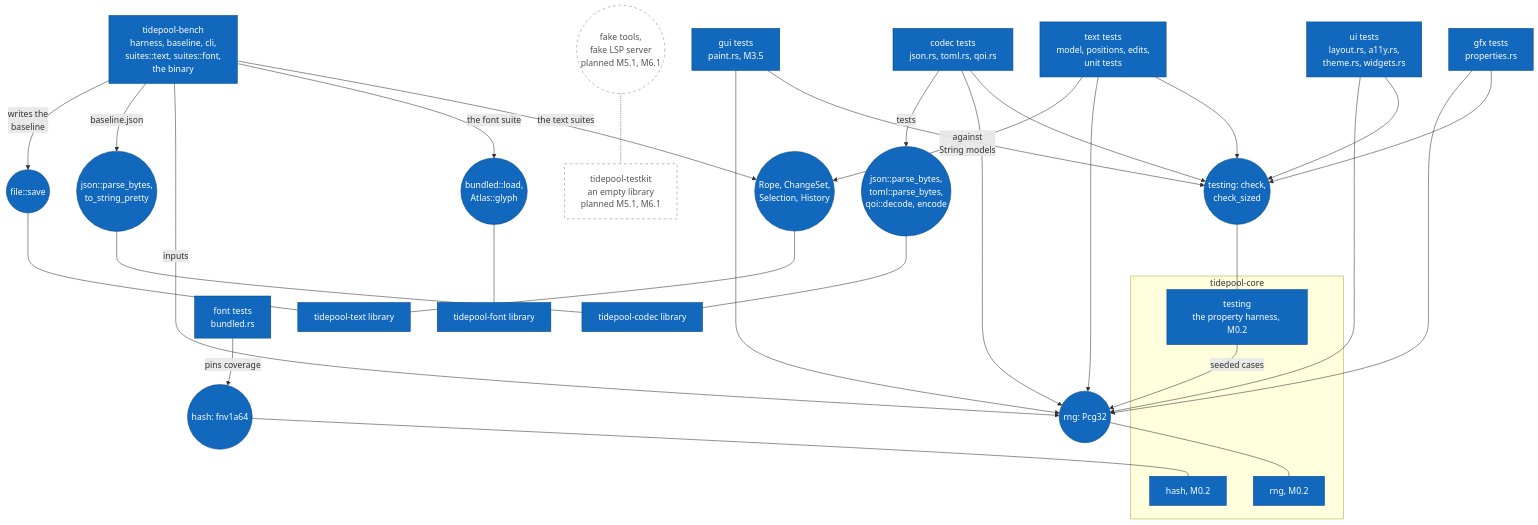
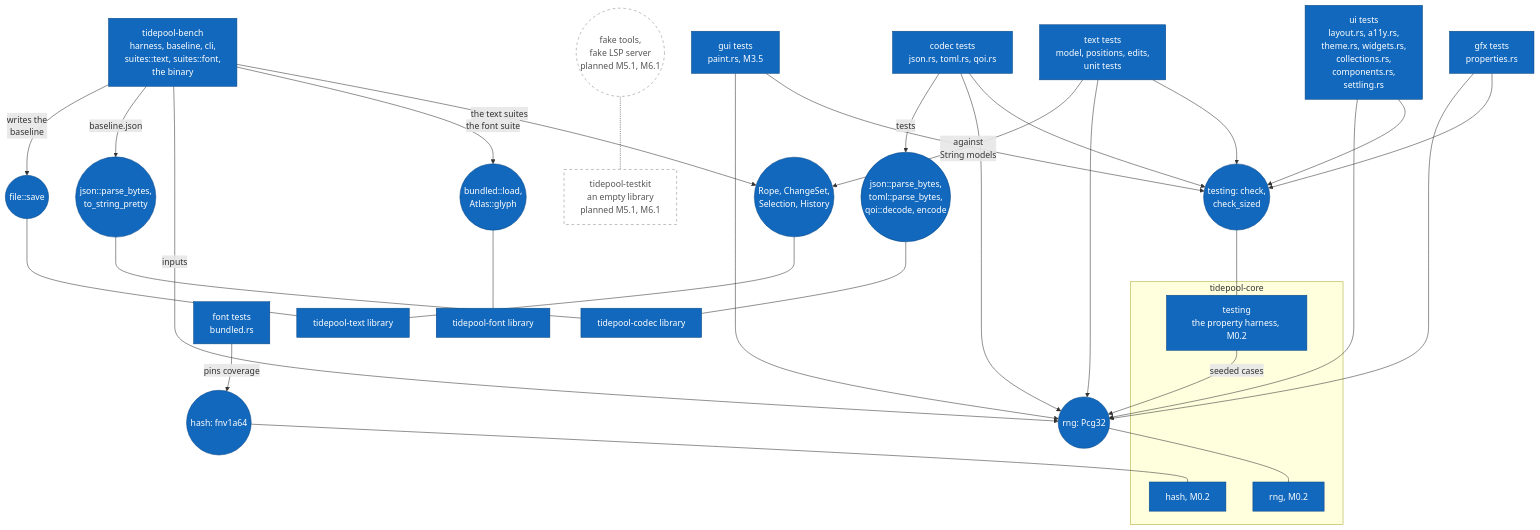
Diagram 21 of 21 in diagrams/component-diagrams.md (jabbott-iii/Tidepool), drawn with Mermaid before and after one commit. The commit also changed other lines of this file and 55 other files, not shown here.

````diff
--- a/diagrams/component-diagrams.md
+++ b/diagrams/component-diagrams.md
@@ -1314,67 +1328,67 @@
 ```mermaid
 flowchart TB
     c_ctests["codec tests<br/>json.rs, toml.rs, qoi.rs"]
     c_ttests["text tests<br/>model, positions, edits,<br/>unit tests"]
     c_gtests["gfx tests<br/>properties.rs"]
     c_ftests["font tests<br/>bundled.rs"]
-    c_utests["ui tests<br/>layout.rs, a11y.rs,<br/>theme.rs, widgets.rs"]
+    c_utests["ui tests<br/>layout.rs, a11y.rs,<br/>theme.rs, widgets.rs,<br/>collections.rs,<br/>components.rs,<br/>settling.rs"]
     c_guitests["gui tests<br/>paint.rs, M3.5"]
     c_bench["tidepool-bench<br/>harness, baseline, cli,<br/>suites::text, suites::font,<br/>the binary"]
 
     i_check(("testing: check,<br/>check_sized"))
     i_pcg(("rng: Pcg32"))
     i_cparse(("json::parse_bytes,<br/>toml::parse_bytes,<br/>qoi::decode, encode"))
     i_tall(("Rope, ChangeSet,<br/>Selection, History"))
     i_bjson(("json::parse_bytes,<br/>to_string_pretty"))
     i_save(("file::save"))
     i_sha(("hash: fnv1a64"))
     i_fill(("bundled::load,<br/>Atlas::glyph"))
 
     subgraph sg_core["tidepool-core"]
         c_testing["testing<br/>the property harness, M0.2"]
         c_rng["rng, M0.2"]
         c_hash["hash, M0.2"]
     end
     c_codec["tidepool-codec library"]
     c_text["tidepool-text library"]
     c_font6["tidepool-font library"]
 
     c_testkit["tidepool-testkit<br/>an empty library<br/>planned M5.1, M6.1"]
     i_fakes(("fake tools,<br/>fake LSP server<br/>planned M5.1, M6.1"))
 
     c_ctests --> i_check
     c_ctests --> i_pcg
     c_ctests -->|"tests"| i_cparse
     c_ttests --> i_check
     c_ttests --> i_pcg
     c_ttests -->|"against<br/>String models"| i_tall
     c_gtests --> i_check
     c_gtests --> i_pcg
     c_ftests -->|"pins coverage"| i_sha
     c_utests --> i_check
     c_utests --> i_pcg
     c_guitests --> i_check
     c_guitests --> i_pcg
     c_bench -->|"the text suites"| i_tall
     c_bench -->|"the font suite"| i_fill
     c_bench -->|"inputs"| i_pcg
     c_bench -->|"baseline.json"| i_bjson
     c_bench -->|"writes the<br/>baseline"| i_save
 
     i_check --- c_testing
     c_testing -->|"seeded cases"| i_pcg
     i_pcg --- c_rng
     i_sha --- c_hash
     i_cparse --- c_codec
     i_bjson --- c_codec
     i_tall --- c_text
     i_save --- c_text
     i_fill --- c_font6
     i_fakes -.- c_testkit
 
     classDef built fill:#1168bd,stroke:#0b4884,color:#ffffff
     classDef planned fill:#ffffff,stroke:#888888,stroke-dasharray: 5 5,color:#555555
     class c_ctests,c_ttests,c_gtests,c_ftests,c_utests,c_guitests,c_bench,c_testing,c_rng,c_hash,c_codec,c_text,c_font6 built
     class i_check,i_pcg,i_cparse,i_tall,i_bjson,i_save,i_sha,i_fill built
     class c_testkit,i_fakes planned
 ```
````
